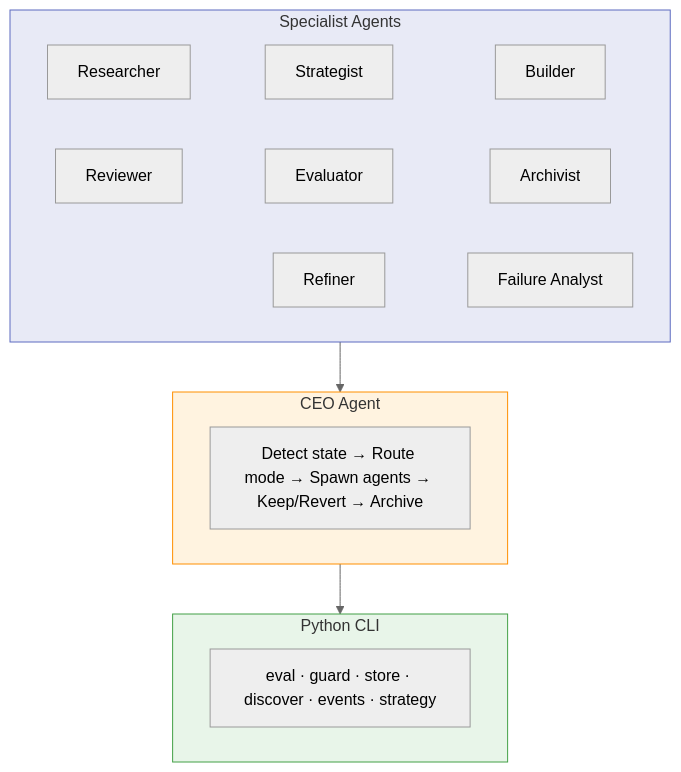
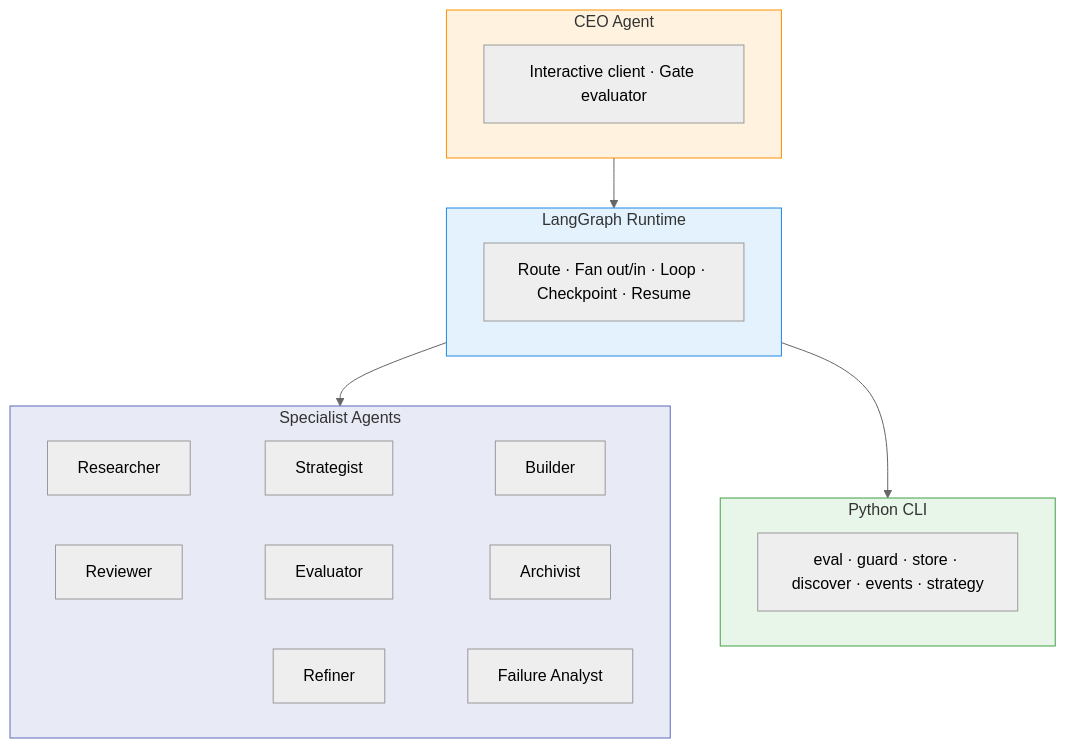
Before and after one commit to akashgit/remote-factory: the third of 4 diagrams in docs/index.md, drawn with Mermaid (neutral theme). The commit also changed other lines of this file and 36 other files, not shown here.

````diff
--- a/docs/index.md
+++ b/docs/index.md
@@ -241,20 +241,26 @@
 ```mermaid
 graph TB
     subgraph agents ["Specialist Agents"]
         R["Researcher"] ~~~ S["Strategist"] ~~~ BU["Builder"]
         RE["Reviewer"] ~~~ EV["Evaluator"] ~~~ AR["Archivist"]
         RF["Refiner"] ~~~ FA["Failure Analyst"]
     end
     subgraph ceo ["CEO Agent"]
-        C["Detect state → Route mode → Spawn agents → Keep/Revert → Archive"]
+        C["Interactive client · Gate evaluator"]
+    end
+    subgraph runtime ["LangGraph Runtime"]
+        W["Route · Fan out/in · Loop · Checkpoint · Resume"]
     end
     subgraph cli ["Python CLI"]
         T["eval · guard · store · discover · events · strategy"]
     end
 
-    agents --> ceo --> cli
+    ceo --> runtime
+    runtime --> agents
+    runtime --> cli
 
     style agents fill:#e8eaf6,stroke:#5c6bc0
     style ceo fill:#fff3e0,stroke:#ff8f00
+    style runtime fill:#e3f2fd,stroke:#1e88e5
     style cli fill:#e8f5e9,stroke:#43a047
 ```
````
